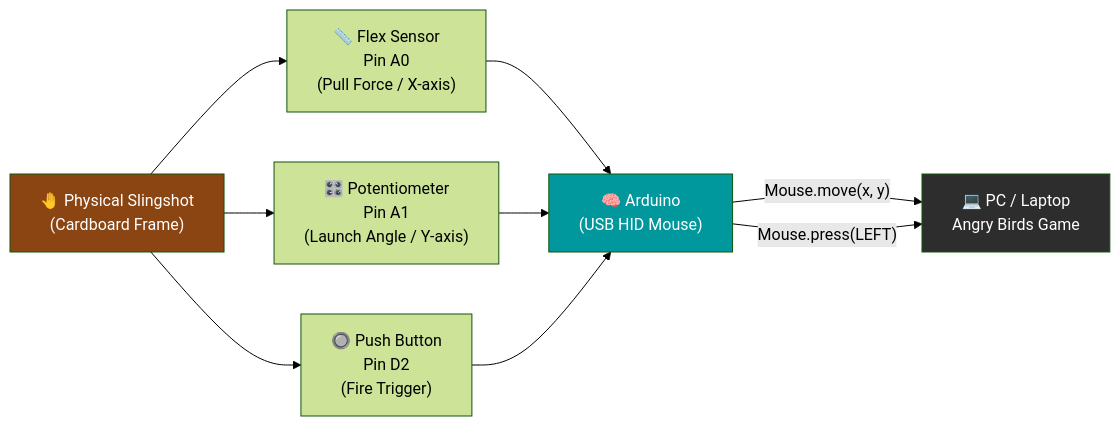
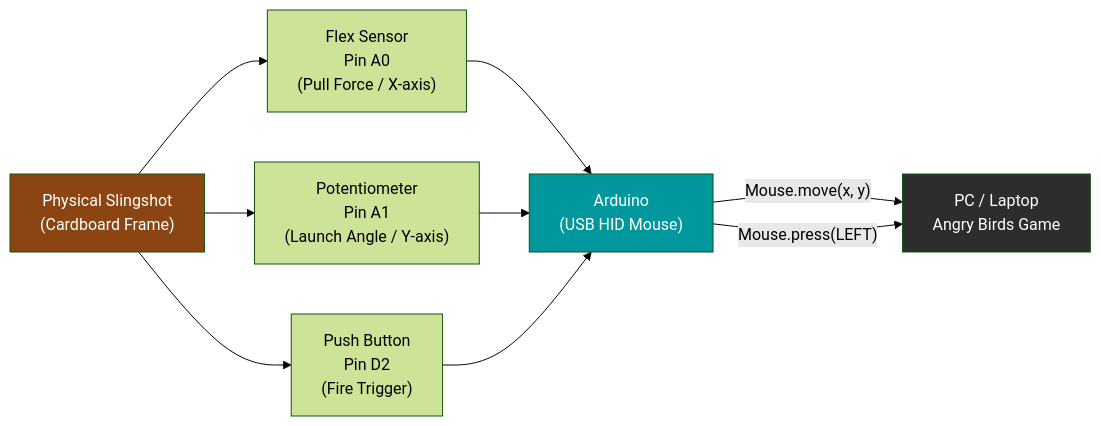
The diagram in README.md (DevcodeSulaiman/Angry-Birds-Slingshot-Controller), drawn with Mermaid (forest theme) before and after one commit. The commit also changed other lines of this file, not shown here.

````diff
--- a/README.md
+++ b/README.md
@@ -80,25 +80,25 @@
 ```mermaid
 flowchart LR
-    A["🤚 Physical Slingshot\n(Cardboard Frame)"] --> B
+    A["Physical Slingshot\n(Cardboard Frame)"] --> B
     A --> C
     A --> D
 
-    B["📏 Flex Sensor\nPin A0\n(Pull Force / X-axis)"]
-    C["🎛️ Potentiometer\nPin A1\n(Launch Angle / Y-axis)"]
-    D["🔘 Push Button\nPin D2\n(Fire Trigger)"]
+    B["Flex Sensor\nPin A0\n(Pull Force / X-axis)"]
+    C["Potentiometer\nPin A1\n(Launch Angle / Y-axis)"]
+    D["Push Button\nPin D2\n(Fire Trigger)"]
 
     B --> E
     C --> E
     D --> E
 
-    E["🧠 Arduino\n(USB HID Mouse)"]
+    E["Arduino\n(USB HID Mouse)"]
 
     E -->|"Mouse.move(x, y)"| F
     E -->|"Mouse.press(LEFT)"| F
 
-    F["💻 PC / Laptop\nAngry Birds Game"]
+    F["PC / Laptop\nAngry Birds Game"]
 
     style A fill:#8B4513,color:#fff
     style E fill:#00979D,color:#fff
     style F fill:#2D2D2D,color:#fff
 ```
````
